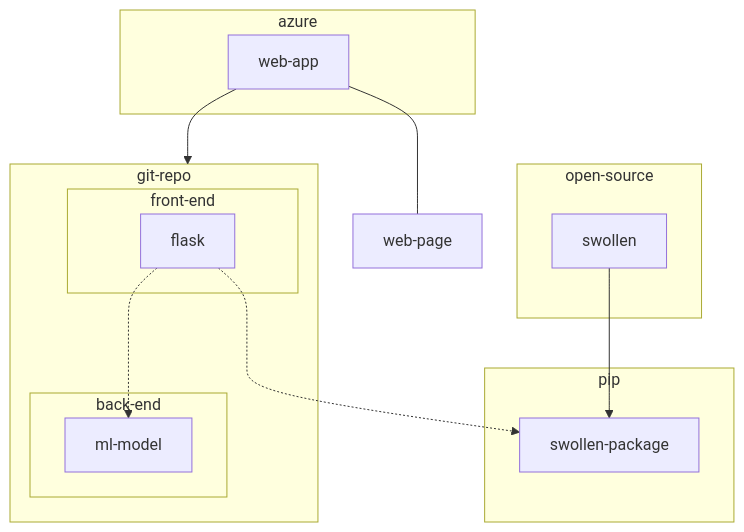
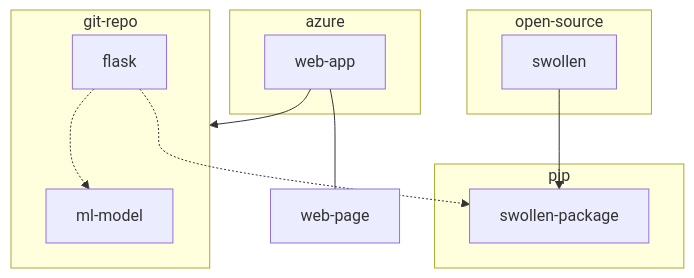
One commit to ftymoshchuk/swollen-flask changed the first of 2 diagrams in README.md. Above: the diagram before and after it, drawn with Mermaid.

````diff
--- a/README.md
+++ b/README.md
@@ -14,25 +14,21 @@
 ```mermaid
   flowchart TB
     subgraph git-repo
-      subgraph back-end
       ml-model
-      end
-      subgraph front-end
       flask
-      end
     end
     subgraph azure
     web-app
     end
     subgraph pip
     swollen-package
     end
     subgraph open-source
     swollen
     end
     swollen --> swollen-package
     web-app --- web-page
     flask -.-> ml-model
     flask -.-> swollen-package
     web-app --> git-repo
 ```
````
